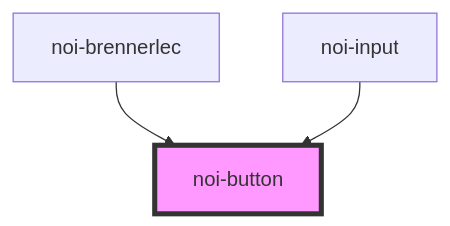
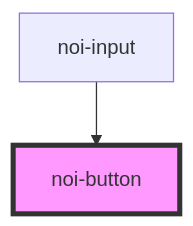
Before and after one commit to noi-techpark/webcomp-a22-air-quality: the diagram in src/blocks/button/readme.md, drawn with Mermaid. The commit also changed other lines of this file and 8 other files, not shown here.

````diff
--- a/src/blocks/button/readme.md
+++ b/src/blocks/button/readme.md
@@ -57,6 +56,5 @@
 ```mermaid
 graph TD;
-  noi-brennerlec --> noi-button
   noi-input --> noi-button
   style noi-button fill:#f9f,stroke:#333,stroke-width:4px
 ```
````
